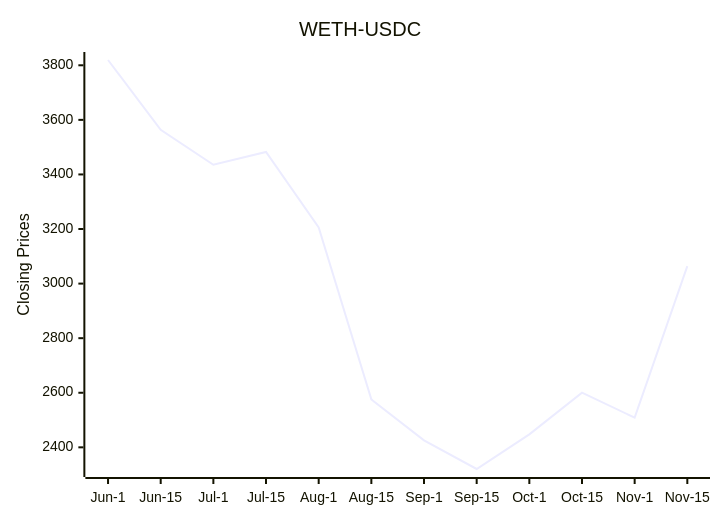
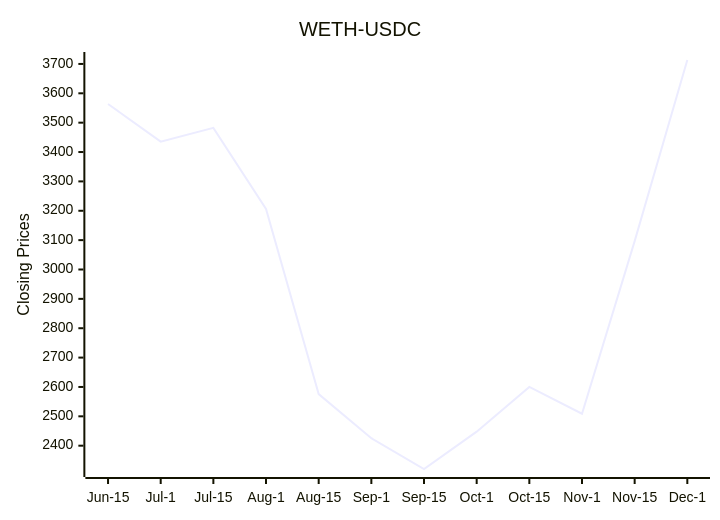
The diagram in README.md (bicced/ReadmeCryptoPriceChart), drawn with Mermaid before and after one commit.

Commit message:
Update README with latest DEX data

````diff
--- a/README.md
+++ b/README.md
@@ -6,7 +6,7 @@
 ```mermaid
 xychart-beta
   title "WETH-USDC"
-  x-axis [Jun-1,Jun-15,Jul-1,Jul-15,Aug-1,Aug-15,Sep-1,Sep-15,Oct-1,Oct-15,Nov-1,Nov-15]
-  y-axis "Closing Prices" 2320.61761915807 --> 3819.38075388494
-  line [3819.38075388494,3563.50423684803,3435.37304391752,3482.40990196361,3205.99009674922,2575.67729986359,2425.60361929393,2320.61761915807,2447.67403957906,2600.26757373328,2508.72962693621,3064.05502969668]
+  x-axis [Jun-15,Jul-1,Jul-15,Aug-1,Aug-15,Sep-1,Sep-15,Oct-1,Oct-15,Nov-1,Nov-15,Dec-1]
+  y-axis "Closing Prices" 2320.61761915807 --> 3713.41198807666
+  line [3563.50423684803,3435.37304391752,3482.40990196361,3205.99009674922,2575.67729986359,2425.60361929393,2320.61761915807,2447.67403957906,2600.26757373328,2508.72962693621,3096.49585789669,3713.41198807666]
 ```
````
